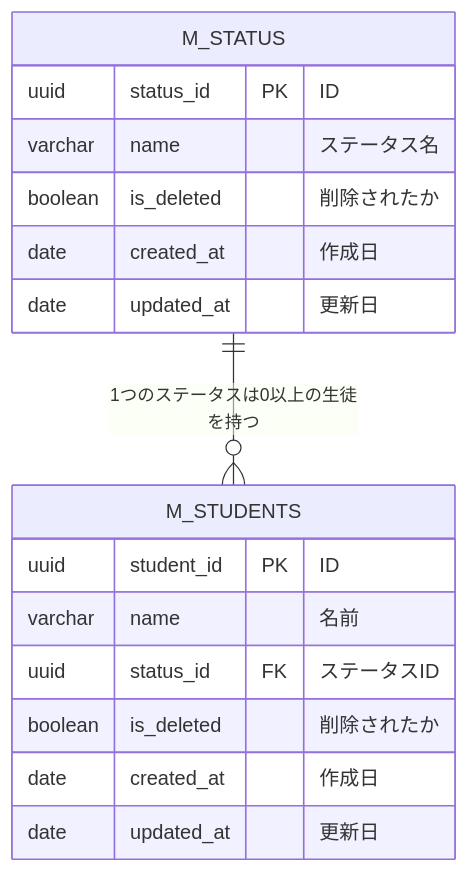
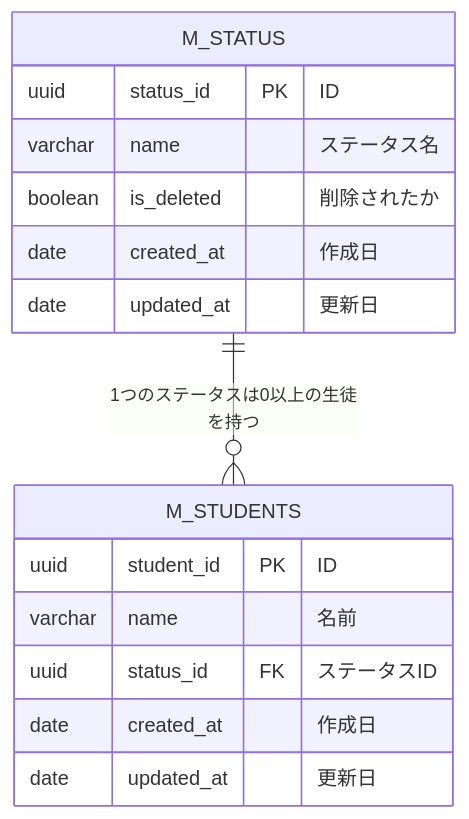
Before and after one commit to praha-inc/praha-challenge-7: the diagram in F0yWy8HaLlWoST/01_データベース設計/11_データベース設計のアンチパターンを学ぶ6/kadai.md, drawn with Mermaid.

Commit message:
fix: 指摘修正

````diff
--- a/F0yWy8HaLlWoST/01_データベース設計/11_データベース設計のアンチパターンを学ぶ6/kadai.md
+++ b/F0yWy8HaLlWoST/01_データベース設計/11_データベース設計のアンチパターンを学ぶ6/kadai.md
@@ -9,22 +9,21 @@
 ```mermaid
 erDiagram
 
   M_STATUS {
     uuid status_id PK "ID"
     varchar name "ステータス名"
     boolean is_deleted "<Not null> 削除されたか"
     date created_at "<Not null> 作成日"
     date updated_at "更新日"
   }
 
   M_STUDENTS {
     uuid student_id PK "ID"
     varchar name "<Not null> 名前"
     uuid status_id FK "ステータスID"
-    boolean is_deleted "<Not null> 削除されたか"
     date created_at "<Not null> 作成日"
     date updated_at "更新日"
   }
 
   M_STATUS ||--o{ M_STUDENTS: "1つのステータスは0以上の生徒を持つ"
 ```
````
